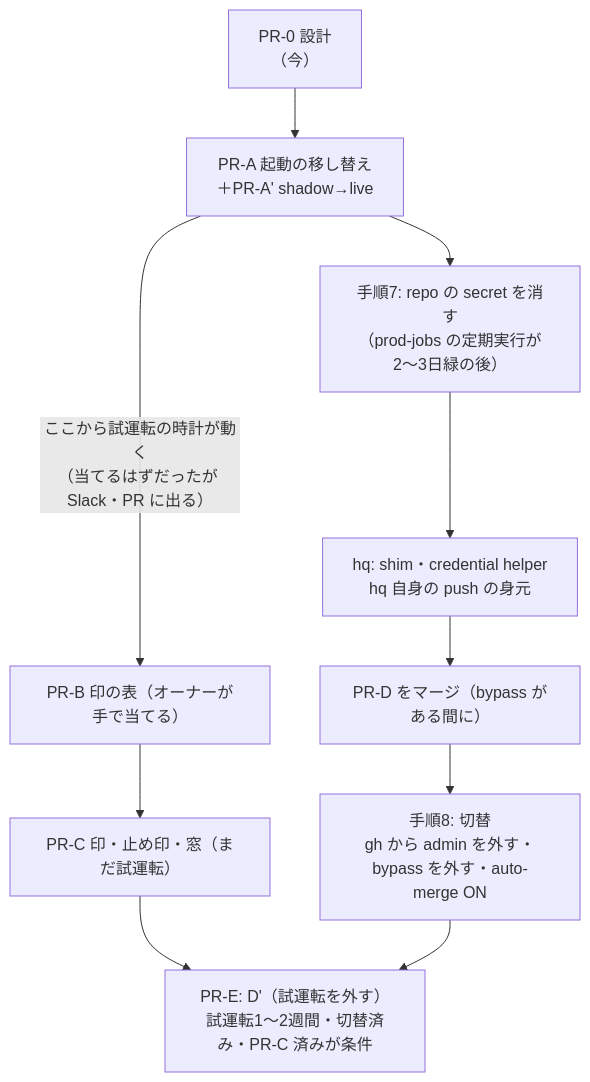
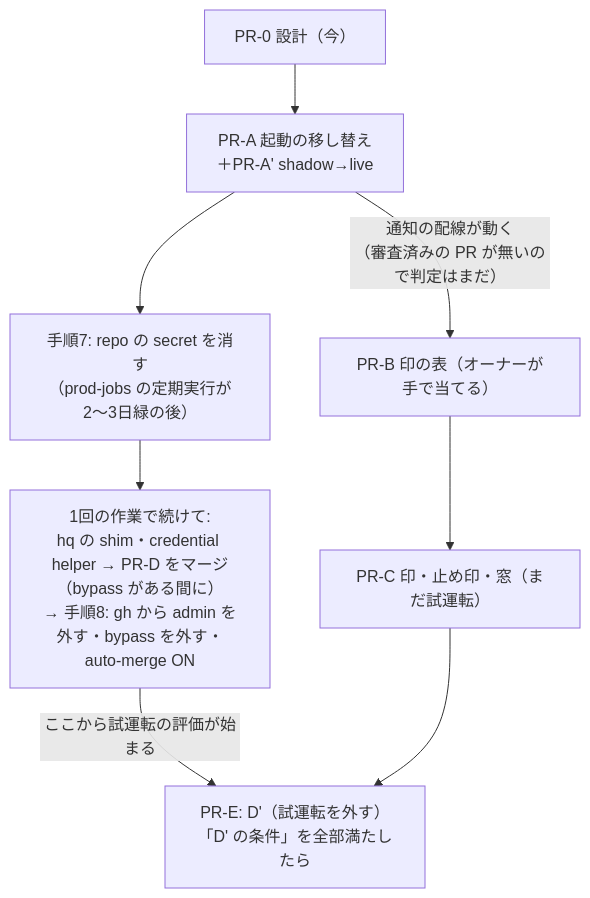
Before and after one commit to rhapsody0919/boatrace-ai-predictor: the third of 3 diagrams in docs/design/db-apply-automation-finish/plan.md, drawn with Mermaid. The commit also changed other lines of this file, not shown here.

Commit message:
docs: system-architect の審査の指摘を設計に反映する（保留の扱い・D' の条件・Vercel の経路ほか）

````diff
--- a/docs/design/db-apply-automation-finish/plan.md
+++ b/docs/design/db-apply-automation-finish/plan.md
@@ -194,12 +221,10 @@
 ```mermaid
 flowchart TD
-  S0["PR-0 設計<br/>（今）"] --> S1["PR-A 起動の移し替え<br/>＋PR-A' shadow→live"]
-  S1 -->|"ここから試運転の時計が動く<br/>（当てるはずだったが Slack・PR に出る）"| S2["PR-B 印の表（オーナーが手で当てる）"]
+  S0["PR-0 設計（今）"] --> S1["PR-A 起動の移し替え<br/>＋PR-A' shadow→live"]
+  S1 -->|"通知の配線が動く<br/>（審査済みの PR が無いので判定はまだ）"| S2["PR-B 印の表（オーナーが手で当てる）"]
   S2 --> S3["PR-C 印・止め印・窓（まだ試運転）"]
   S1 --> S4["手順7: repo の secret を消す<br/>（prod-jobs の定期実行が2〜3日緑の後）"]
-  S4 --> S5["hq: shim・credential helper<br/>hq 自身の push の身元"]
-  S5 --> S6["PR-D をマージ（bypass がある間に）"]
-  S6 --> S7["手順8: 切替<br/>gh から admin を外す・bypass を外す・auto-merge ON"]
-  S3 --> S8
-  S7 --> S8["PR-E: D'（試運転を外す）<br/>試運転1〜2週間・切替済み・PR-C 済みが条件"]
+  S4 --> S7["1回の作業で続けて:<br/>hq の shim・credential helper → PR-D をマージ（bypass がある間に）<br/>→ 手順8: gh から admin を外す・bypass を外す・auto-merge ON"]
+  S7 -->|"ここから試運転の評価が始まる"| S8
+  S3 --> S8["PR-E: D'（試運転を外す）<br/>「D' の条件」を全部満たしたら"]
 ```
````
